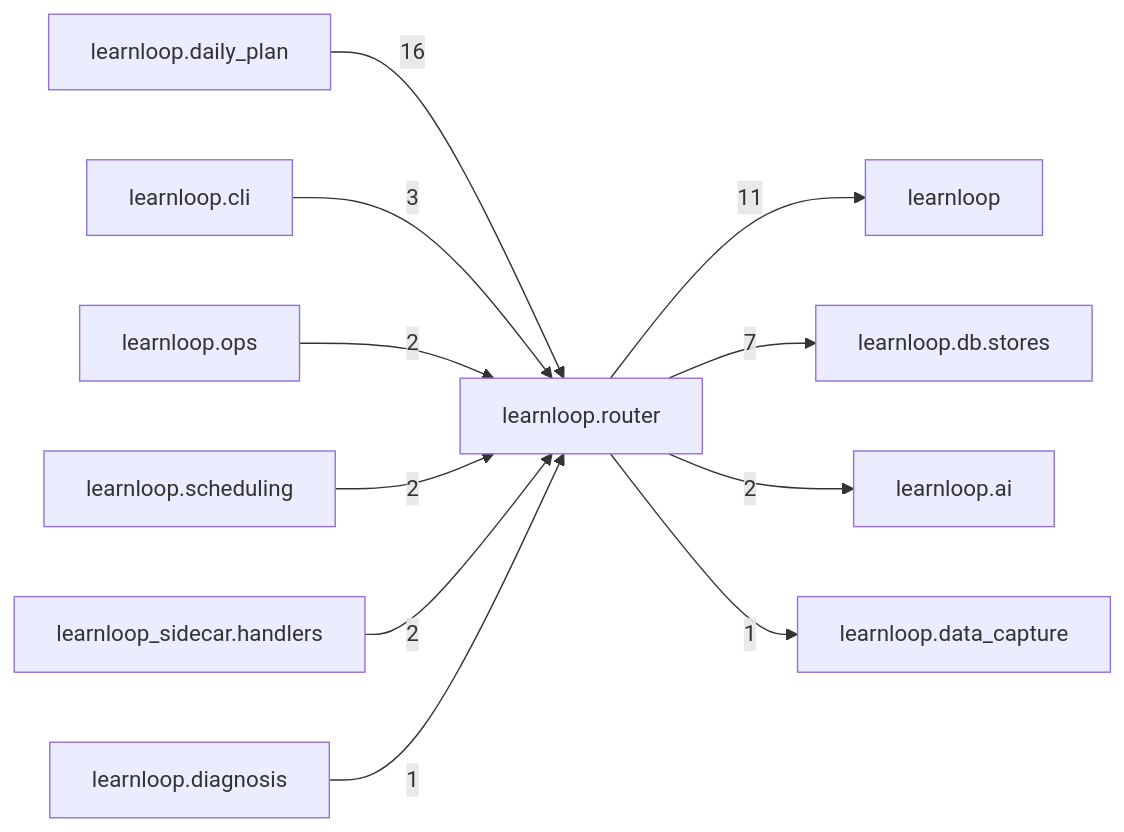
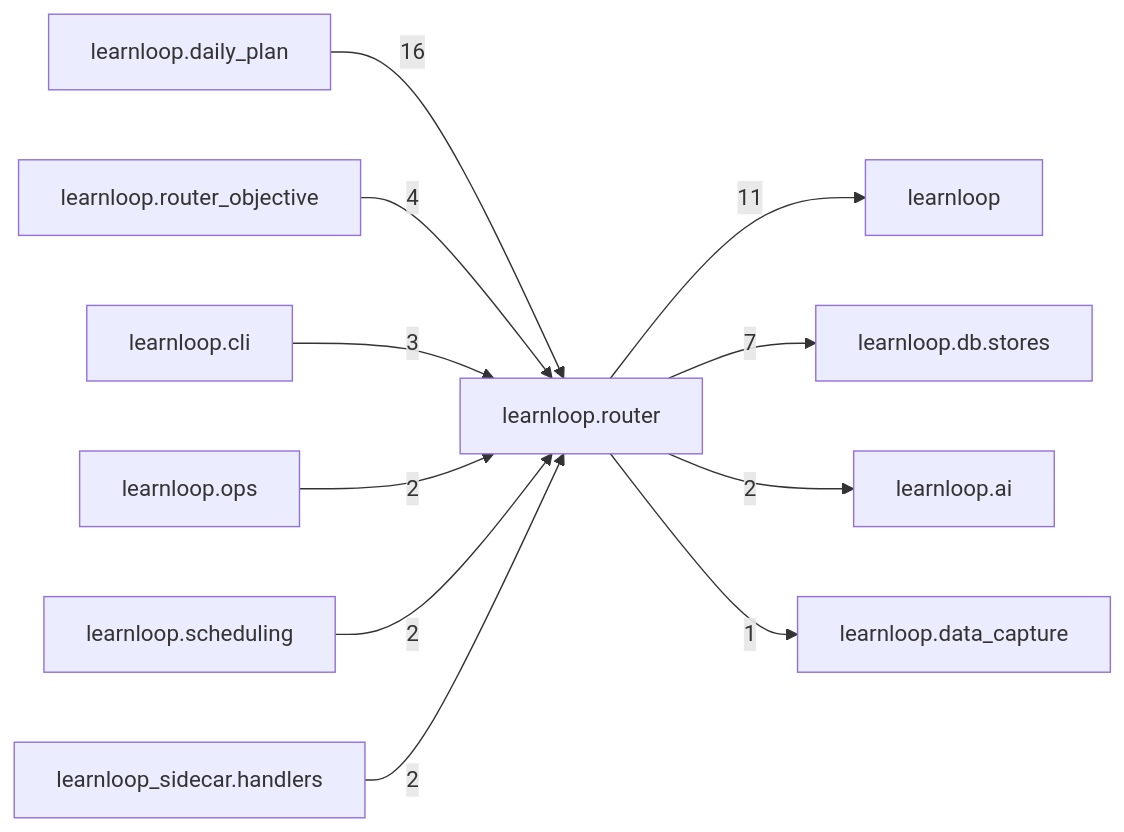
Before and after one commit to 6up-b/learnanything: the diagram in docs/learnloop-architecture-vault/Reference/Modules/learnloop/router/_package.md, drawn with Mermaid. The commit also changed other lines of this file and 550 other files, not shown here.

````diff
--- a/docs/learnloop-architecture-vault/Reference/Modules/learnloop/router/_package.md
+++ b/docs/learnloop-architecture-vault/Reference/Modules/learnloop/router/_package.md
@@ -97,24 +97,24 @@
 ```mermaid
 flowchart LR
     center["learnloop.router"]
     n_learnloop_daily_plan["learnloop.daily_plan"]
     n_learnloop["learnloop"]
     n_learnloop_db_stores["learnloop.db.stores"]
+    n_learnloop_router_objective["learnloop.router_objective"]
     n_learnloop_cli["learnloop.cli"]
     n_learnloop_ai["learnloop.ai"]
     n_learnloop_ops["learnloop.ops"]
     n_learnloop_scheduling["learnloop.scheduling"]
     n_learnloop_sidecar_handlers["learnloop_sidecar.handlers"]
     n_learnloop_data_capture["learnloop.data_capture"]
-    n_learnloop_diagnosis["learnloop.diagnosis"]
     n_learnloop_daily_plan -->|16| center
     center -->|11| n_learnloop
     center -->|7| n_learnloop_db_stores
+    n_learnloop_router_objective -->|4| center
     n_learnloop_cli -->|3| center
     center -->|2| n_learnloop_ai
     n_learnloop_ops -->|2| center
     n_learnloop_scheduling -->|2| center
     n_learnloop_sidecar_handlers -->|2| center
     center -->|1| n_learnloop_data_capture
-    n_learnloop_diagnosis -->|1| center
 ```
````
